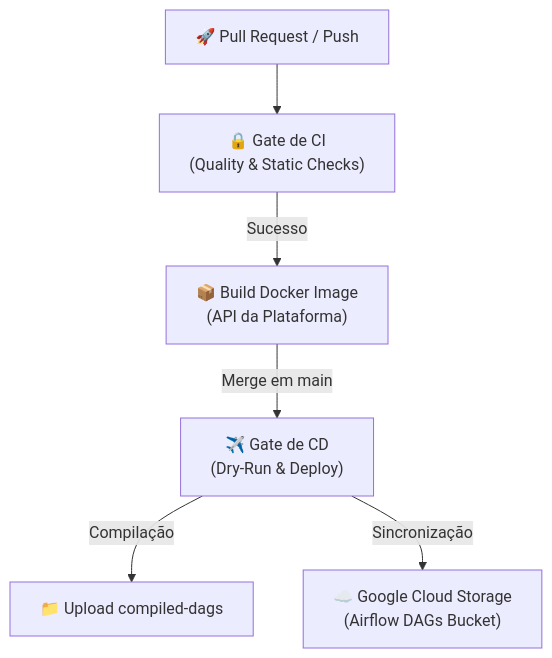
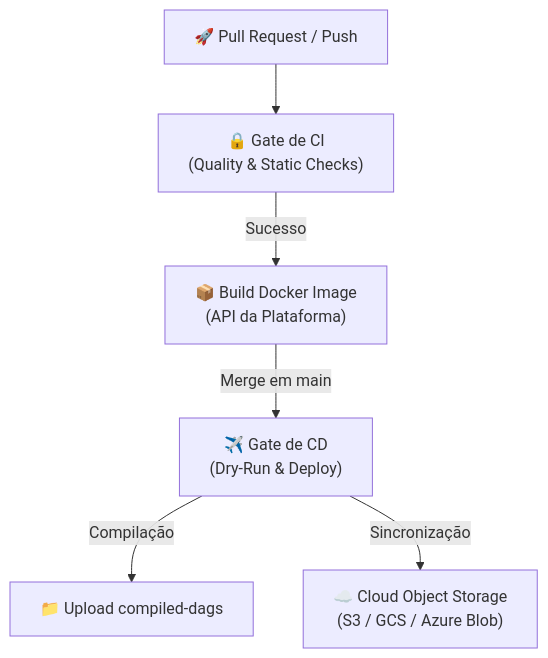
Before and after one commit to Melo-Anderson/clean-data-platform-airflow: the diagram in docs/ci_cd_guide.md, drawn with Mermaid. The commit also changed other lines of this file, not shown here.

Commit message:
chore(docs): generalize GKE and GCS references to support multi-cloud deployment in ci_cd_guide

````diff
--- a/docs/ci_cd_guide.md
+++ b/docs/ci_cd_guide.md
@@ -11,8 +11,8 @@
 ```mermaid
 graph TD
     PR["🚀 Pull Request / Push"] --> CI_GATE["🔒 Gate de CI\n(Quality & Static Checks)"]
     CI_GATE -->|"Sucesso"| BUILD_IMG["📦 Build Docker Image\n(API da Plataforma)"]
     BUILD_IMG -->|"Merge em main"| CD_DEPLOY["✈️ Gate de CD\n(Dry-Run & Deploy)"]
     CD_DEPLOY -->|"Compilação"| ARTIFACT["📁 Upload compiled-dags"]
-    CD_DEPLOY -->|"Sincronização"| GCS["☁️ Google Cloud Storage\n(Airflow DAGs Bucket)"]
+    CD_DEPLOY -->|"Sincronização"| BUCKET["☁️ Cloud Object Storage\n(S3 / GCS / Azure Blob)"]
 ```
````
